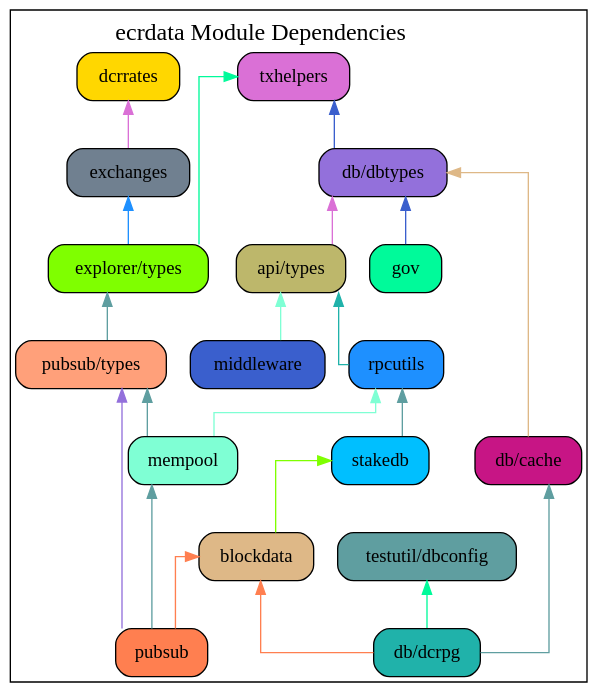
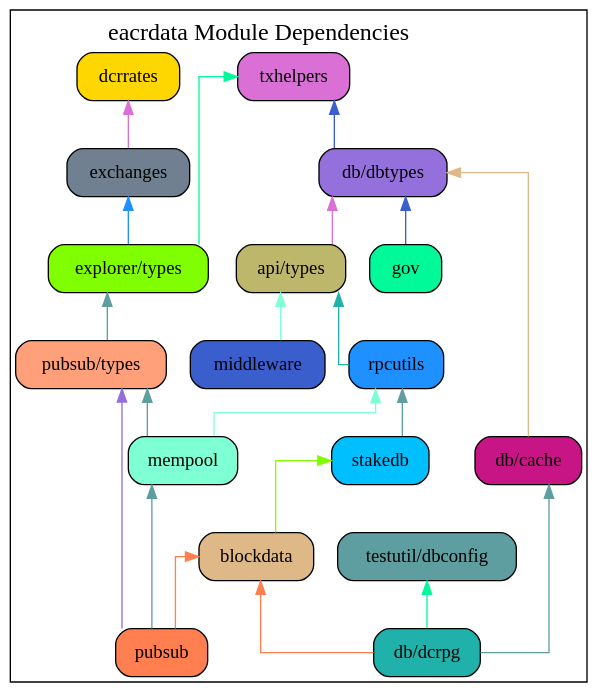
One commit to Eacred/eacrdata changed the diagram in docs/modules.gv. Above: the diagram before and after it, drawn with Graphviz. The commit also changed 111 other files, not shown here.

```diff
--- a/docs/modules.gv
+++ b/docs/modules.gv
@@ -1,88 +1,88 @@
 digraph {
-	graph [splines=ortho colorscheme=svg label=<ecrdata Module Dependencies> labelloc=t fontsize=18.0]
+	graph [splines=ortho colorscheme=svg label=<eacrdata Module Dependencies> labelloc=t fontsize=18.0]
 	node [shape=box style="filled, rounded"]
 
 	apitypes [label="api/types" fillcolor=darkkhaki]
 	mempool [label="mempool" fillcolor=aquamarine]
 	pubsub [label="pubsub" fillcolor=coral]
 	pubsubtypes [label="pubsub/types" fillcolor=lightsalmon]
 	//semver [label="semver" fillcolor=cadetblue]
 	dbtypes [label="db/dbtypes" fillcolor=mediumpurple]
 	dcrpg [label="db/dcrpg" fillcolor=lightseagreen]
 	dbcache [label="db/cache" fillcolor=mediumvioletred]
 	blockdata [label="blockdata" fillcolor=burlywood]
 	rpcutils [label="rpcutils" fillcolor=dodgerblue]
 	stakedb [label="stakedb" fillcolor=deepskyblue]
 	gov [label="gov" fillcolor=mediumspringgreen]
 	dcrrates [label="dcrrates" fillcolor=gold]
 	txhelpers [label="txhelpers" fillcolor=orchid]
 	exchanges [label="exchanges" fillcolor=slategray]
 	exptypes [label="explorer/types" fillcolor=chartreuse]
 	middleware  [label="middleware" fillcolor=royalblue3]
 	dbconfig [label="testutil/dbconfig" fillcolor=cadetblue]
-	//ecrdata [label="ecrdata" fillcolor=chocolate]
+	//eacrdata [label="eacrdata" fillcolor=chocolate]
 
 	//{rank=min txhelpers}
 	//{rank=max dcrpg pubsub}
 	//{rank=same rpcutils middleware}
 
 	apitypes -> middleware [dir=back color=aquamarine]
 	//apitypes -> dcrpg [dir=back color=coral]
 	blockdata -> dcrpg [dir=back color=coral]
 	dbcache -> dcrpg [dir=back color=cadetblue]
 	//dbtypes -> dcrpg [dir=back color=aquamarine]
 	//rpcutils -> dcrpg [dir=back color=cadetblue]
 	//semver -> dcrpg [dir=back color=mediumpurple]
 	//stakedb -> dcrpg [dir=back color=lightseagreen]
 	//txhelpers -> dcrpg [dir=back color=mediumvioletred]
 	dbconfig -> dcrpg [dir=back color=mediumspringgreen]
 	//apitypes -> dbcache [dir=back color=burlywood]
 	dbtypes -> dbcache [dir=back color=burlywood]
 	exchanges -> exptypes [dir=back color=dodgerblue]
 	txhelpers -> exptypes [dir=back color=mediumspringgreen]
 	//apitypes -> blockdata [dir=back color=bisque]
 	//dbtypes -> blockdata [dir=back color=gold]
 	stakedb -> blockdata [dir=back color=chartreuse]
 	//txhelpers -> blockdata [dir=back color=royalblue3]
 	dcrrates -> exchanges [dir=back color=orchid]
 	dbtypes -> apitypes [dir=back color=orchid]
 	//txhelpers -> apitypes [dir=back color=aquamarine]
 	//apitypes -> stakedb [dir=back color=coral]
 	rpcutils -> stakedb [dir=back color=cadetblue]
 	//txhelpers -> stakedb [dir=back color=aquamarine]
 	txhelpers -> dbtypes [dir=back color=royalblue3]
 	//semver -> txhelpers [dir=back color=slategray]
 	//apitypes -> mempool [dir=back color=orchid]
 	//dbtypes -> mempool [dir=back color=orchid]
 	//exptypes -> mempool [dir=back color=coral]
 	pubsubtypes -> mempool [dir=back color=cadetblue]
 	rpcutils -> mempool [dir=back color=aquamarine]
 	//txhelpers -> mempool [dir=back color=cadetblue]
 	apitypes ->  rpcutils [dir=back color=lightseagreen]
 	//semver -> rpcutils [dir=back color=burlywood]
 	//txhelpers -> rpcutils [dir=back color=burlywood]
 	dbtypes -> gov [dir=back color=royalblue3]
 	exptypes -> pubsubtypes [dir=back color=cadetblue]
 	blockdata -> pubsub [dir=back color=coral]
 	//dbtypes -> pubsub [dir=back color=cadetblue]
 	//exptypes -> pubsub [dir=back color=aquamarine]
 	mempool -> pubsub [dir=back color=cadetblue]
 	pubsubtypes -> pubsub [dir=back color=mediumpurple]
 	//txhelpers ->  pubsub [dir=back color=lightseagreen]
 
-	// apitypes -> ecrdata [dir=back color=darkolivegreen2]
-	// blockdata -> ecrdata [dir=back color=slategray]
-	// dbtypes -> ecrdata [dir=back color=darkkhaki]
-	// dcrpg -> ecrdata [dir=back color=lightsalmon]
-	// exchanges -> ecrdata [dir=back color=mistyrose]
-	// exptypes -> ecrdata [dir=back color=mediumseagreen]
-	// gov -> ecrdata [dir=back color=khaki]
-	// mempool -> ecrdata [dir=back color=deepskyblue]
-	// middleware -> ecrdata [dir=back color=mistyrose]
-	// pubsub -> ecrdata [dir=back color=mediumseagreen]
-	// pubsubtypes -> ecrdata [dir=back color=khaki]
-	// rpcutils -> ecrdata [dir=back color=deepskyblue]
-	// //semver -> ecrdata [dir=back color=mistyrose]
-	// stakedb -> ecrdata [dir=back color=mediumseagreen]
-	// txhelpers -> ecrdata [dir=back color=khaki]
+	// apitypes -> eacrdata [dir=back color=darkolivegreen2]
+	// blockdata -> eacrdata [dir=back color=slategray]
+	// dbtypes -> eacrdata [dir=back color=darkkhaki]
+	// dcrpg -> eacrdata [dir=back color=lightsalmon]
+	// exchanges -> eacrdata [dir=back color=mistyrose]
+	// exptypes -> eacrdata [dir=back color=mediumseagreen]
+	// gov -> eacrdata [dir=back color=khaki]
+	// mempool -> eacrdata [dir=back color=deepskyblue]
+	// middleware -> eacrdata [dir=back color=mistyrose]
+	// pubsub -> eacrdata [dir=back color=mediumseagreen]
+	// pubsubtypes -> eacrdata [dir=back color=khaki]
+	// rpcutils -> eacrdata [dir=back color=deepskyblue]
+	// //semver -> eacrdata [dir=back color=mistyrose]
+	// stakedb -> eacrdata [dir=back color=mediumseagreen]
+	// txhelpers -> eacrdata [dir=back color=khaki]
 }
```
